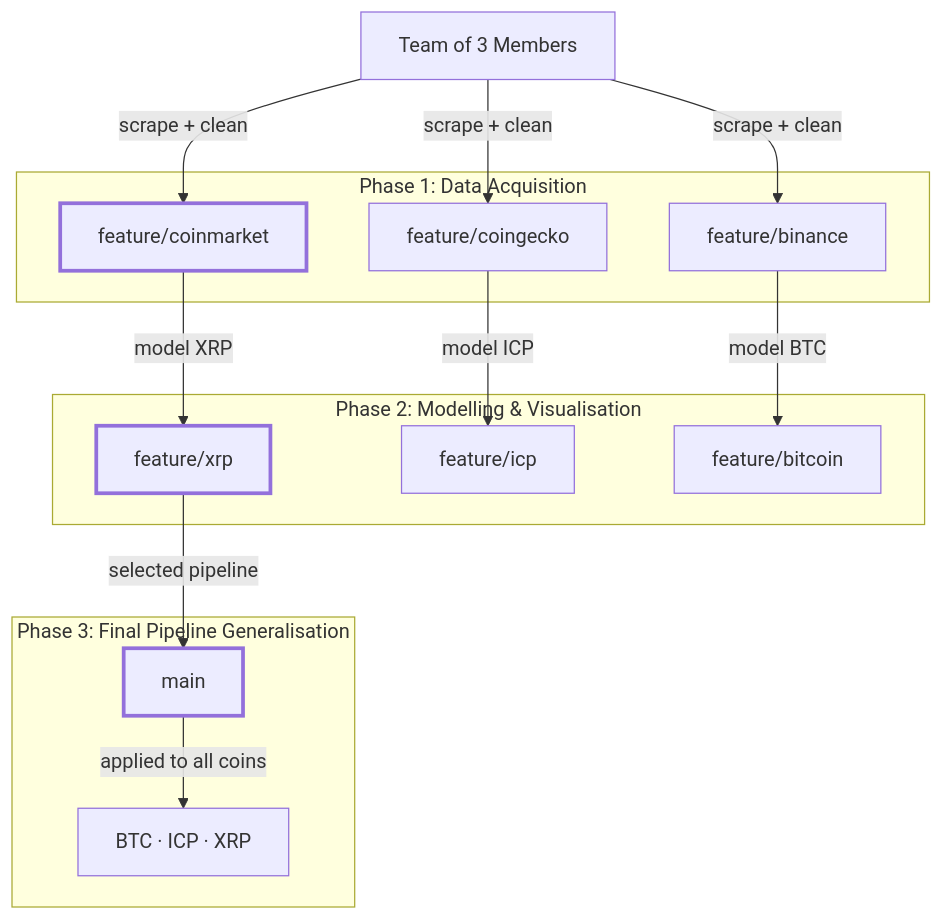
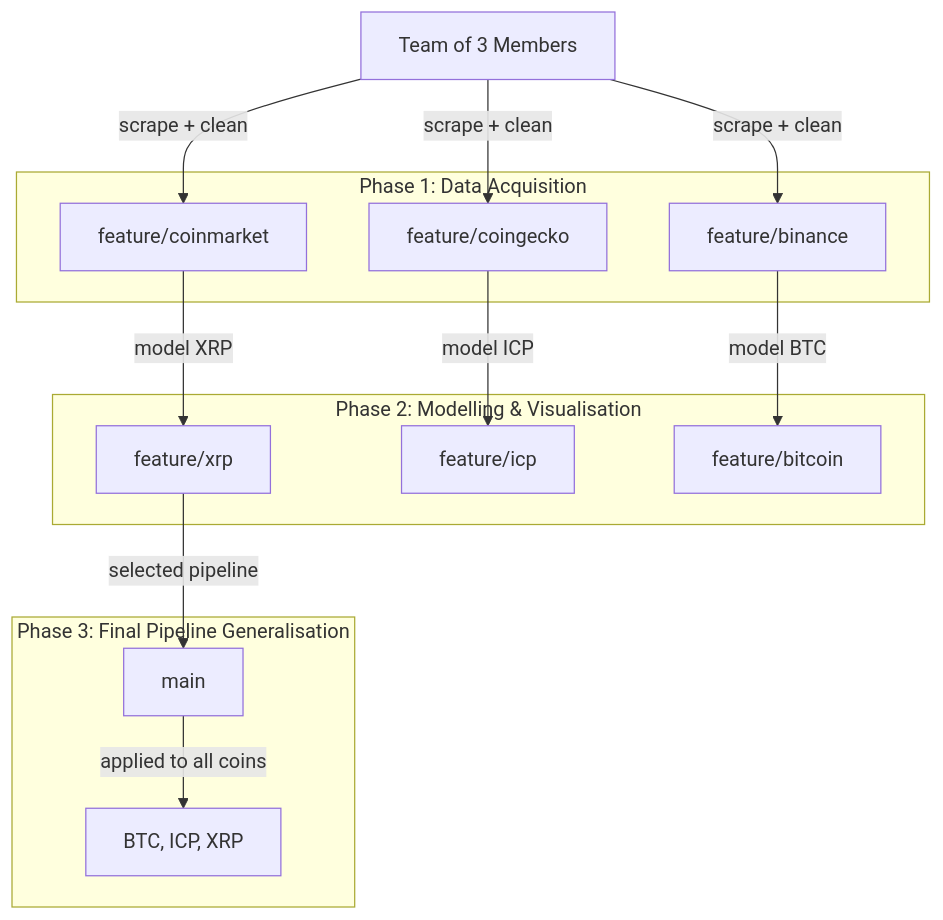
One commit to raphaelspgll/CIP_FS2026_103 changed the diagram in README.md. Above: the diagram before and after it, drawn with Mermaid.

Commit message:
fix: mermaid for github

````diff
--- a/README.md
+++ b/README.md
@@ -139,37 +139,33 @@
 ```mermaid
 flowchart TD
 
-    A[Team of 3 Members]
+A[Team of 3 Members]
 
-    subgraph S[Phase 1: Data Acquisition]
-        B1[feature/coinmarket]
-        B2[feature/coingecko]
-        B3[feature/binance]
-    end
+subgraph S[Phase 1: Data Acquisition]
+    B1[feature/coinmarket]
+    B2[feature/coingecko]
+    B3[feature/binance]
+end
 
-    subgraph M[Phase 2: Modelling & Visualisation]
-        C1[feature/xrp]
-        C2[feature/icp]
-        C3[feature/bitcoin]
-    end
+subgraph M[Phase 2: Modelling & Visualisation]
+    C1[feature/xrp]
+    C2[feature/icp]
+    C3[feature/bitcoin]
+end
 
-    subgraph F[Phase 3: Final Pipeline Generalisation]
-        D[main]
-        E[BTC · ICP · XRP]
-    end
+subgraph F[Phase 3: Final Pipeline Generalisation]
+    D[main]
+    E[BTC, ICP, XRP]
+end
 
-    A -->|scrape + clean| B1
-    A -->|scrape + clean| B2
-    A -->|scrape + clean| B3
+A -->|scrape + clean| B1
+A -->|scrape + clean| B2
+A -->|scrape + clean| B3
 
-    B1 -->|model XRP| C1
-    B2 -->|model ICP| C2
-    B3 -->|model BTC| C3
+B1 -->|model XRP| C1
+B2 -->|model ICP| C2
+B3 -->|model BTC| C3
 
-    C1 -->|selected pipeline| D
-    D -->|applied to all coins| E
-
-    style B1 stroke-width:3px
-    style C1 stroke-width:3px
-    style D stroke-width:3px
+C1 -->|selected pipeline| D
+D -->|applied to all coins| E
 ```
````
